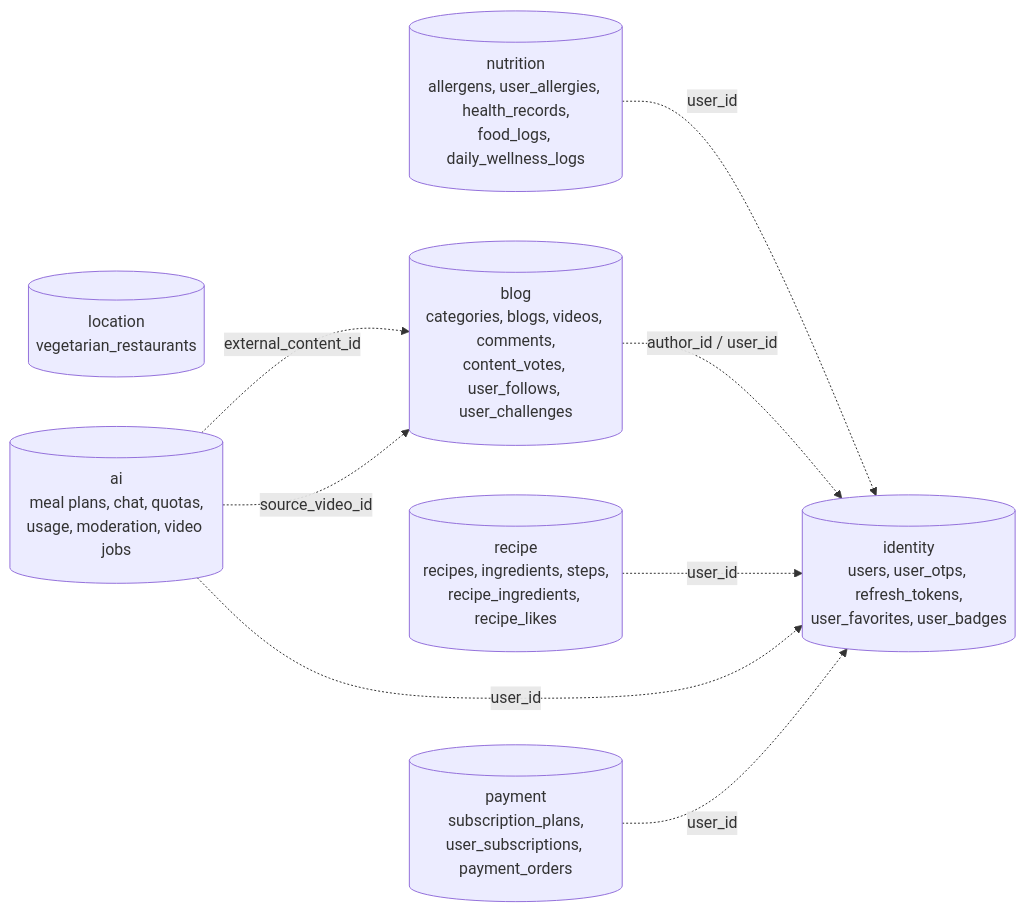
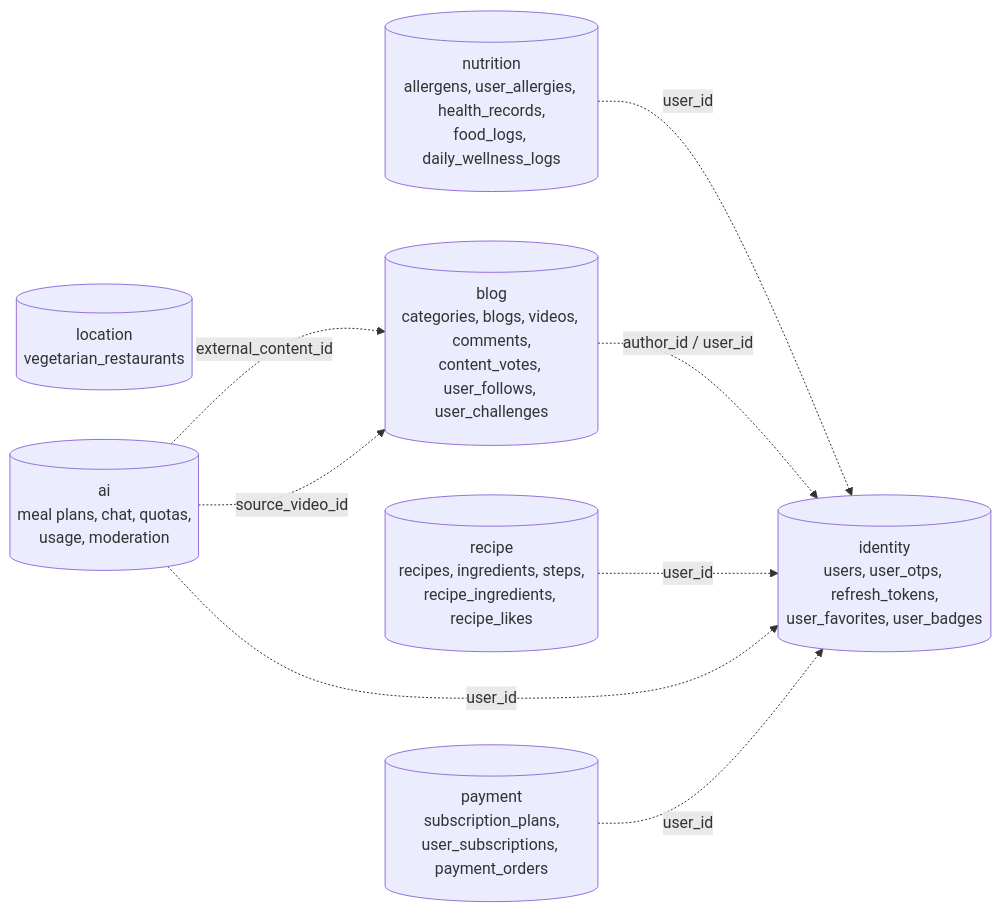
Before and after one commit to Phu0312/VeggiePal-Microservice: diagram 15 of 32 in docs/REPORT7_FINAL_PROJECT_REPORT.md, drawn with Mermaid. The commit also changed other lines of this file and 14 other files, not shown here.

````diff
--- a/docs/REPORT7_FINAL_PROJECT_REPORT.md
+++ b/docs/REPORT7_FINAL_PROJECT_REPORT.md
@@ -1507,18 +1479,18 @@
 ```mermaid
 flowchart LR
     U[("identity<br/>users, user_otps, refresh_tokens,<br/>user_favorites, user_badges")]
     N[("nutrition<br/>allergens, user_allergies, health_records,<br/>food_logs, daily_wellness_logs")]
     B[("blog<br/>categories, blogs, videos, comments,<br/>content_votes, user_follows, user_challenges")]
     R[("recipe<br/>recipes, ingredients, steps,<br/>recipe_ingredients, recipe_likes")]
     L[("location<br/>vegetarian_restaurants")]
-    A[("ai<br/>meal plans, chat, quotas,<br/>usage, moderation, video jobs")]
+    A[("ai<br/>meal plans, chat, quotas,<br/>usage, moderation")]
     P[("payment<br/>subscription_plans,<br/>user_subscriptions, payment_orders")]
 
     N -. "user_id" .-> U
     B -. "author_id / user_id" .-> U
     R -. "user_id" .-> U
     A -. "user_id" .-> U
     P -. "user_id" .-> U
     A -. "external_content_id" .-> B
     A -. "source_video_id" .-> B
 ```
````
